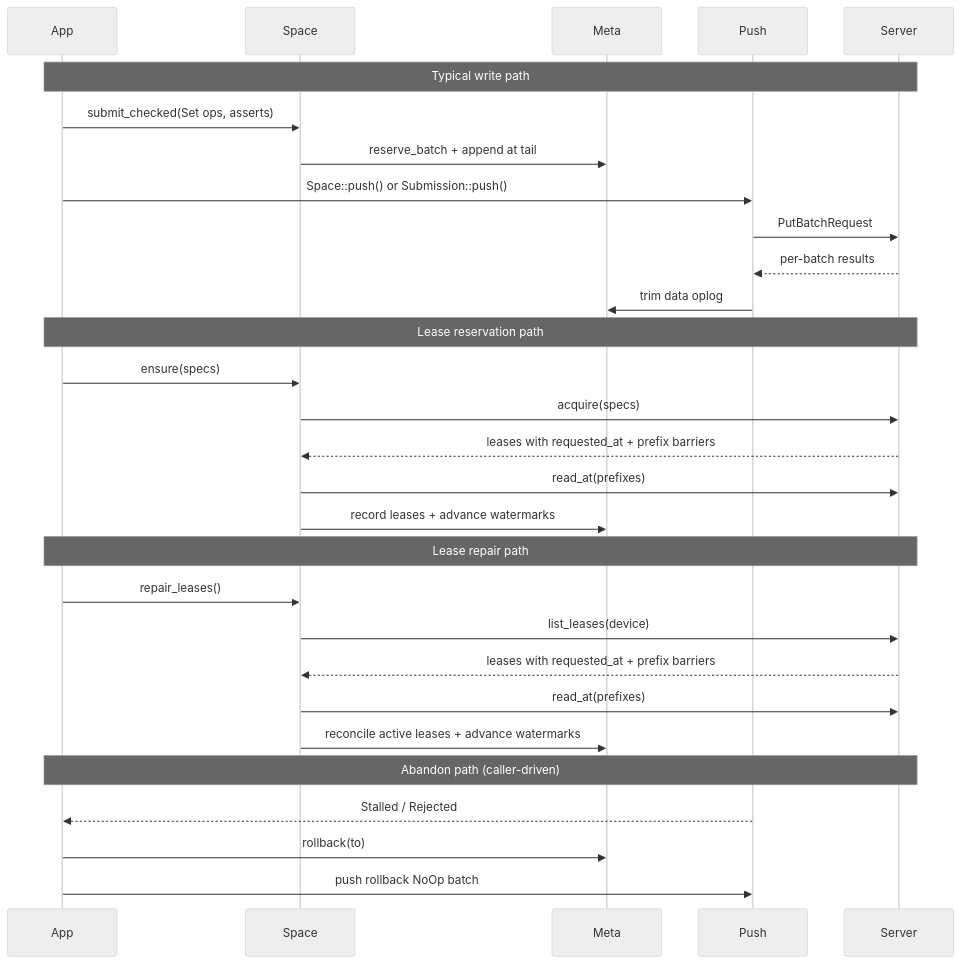
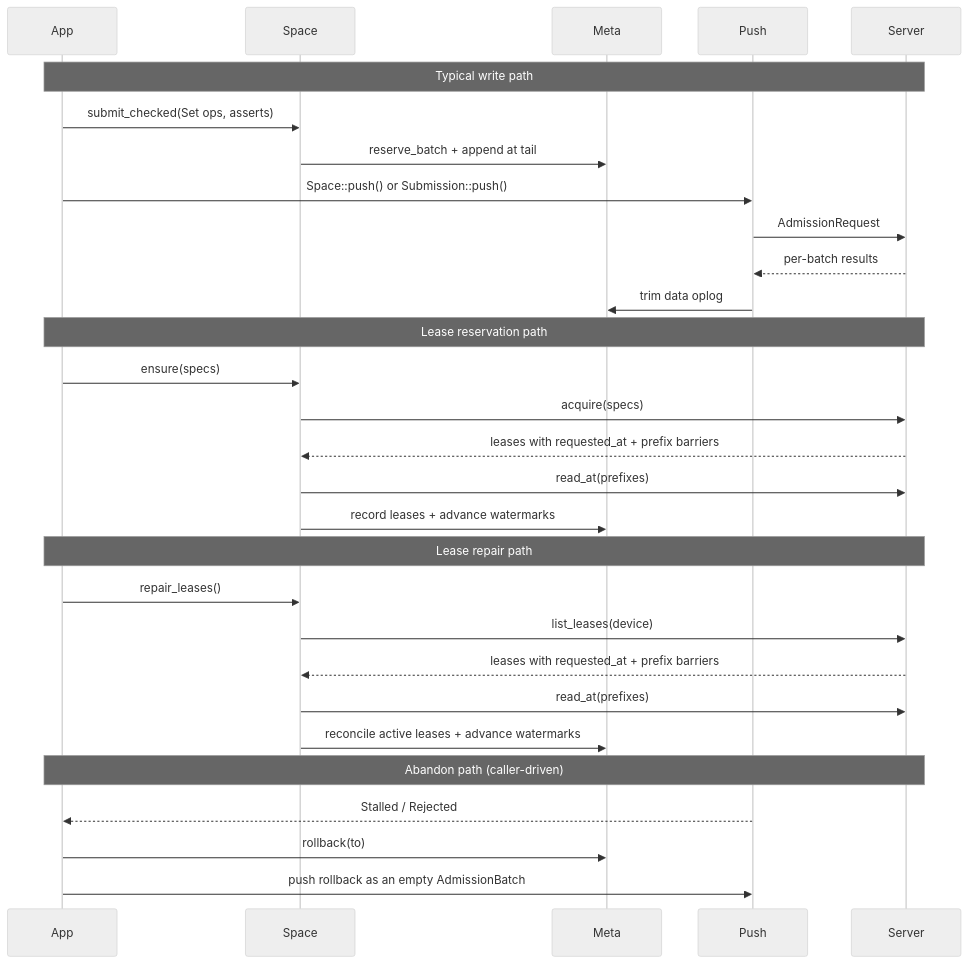
One commit to nikhilgarg28/homebase changed the diagram in admission_rollback_v2.plan.md. Above: the diagram before and after it, drawn with Mermaid (neutral theme). The commit also changed other lines of this file and 32 other files, not shown here.

````diff
--- a/admission_rollback_v2.plan.md
+++ b/admission_rollback_v2.plan.md
@@ -113,35 +113,35 @@
 ```mermaid
 sequenceDiagram
     participant App
     participant Space
     participant Meta
     participant Push
     participant Server
 
     Note over App,Server: Typical write path
     App->>Space: submit_checked(Set ops, asserts)
     Space->>Meta: reserve_batch + append at tail
     App->>Push: Space::push() or Submission::push()
-    Push->>Server: PutBatchRequest
+    Push->>Server: AdmissionRequest
     Server-->>Push: per-batch results
     Push->>Meta: trim data oplog
 
     Note over App,Server: Lease reservation path
     App->>Space: ensure(specs)
     Space->>Server: acquire(specs)
     Server-->>Space: leases with requested_at + prefix barriers
     Space->>Server: read_at(prefixes)
     Space->>Meta: record leases + advance watermarks
 
     Note over App,Server: Lease repair path
     App->>Space: repair_leases()
     Space->>Server: list_leases(device)
     Server-->>Space: leases with requested_at + prefix barriers
     Space->>Server: read_at(prefixes)
     Space->>Meta: reconcile active leases + advance watermarks
 
     Note over App,Server: Abandon path (caller-driven)
     Push-->>App: Stalled / Rejected
     App->>Meta: rollback(to)
-    App->>Push: push rollback NoOp batch
+    App->>Push: push rollback as an empty AdmissionBatch
 ```
````
